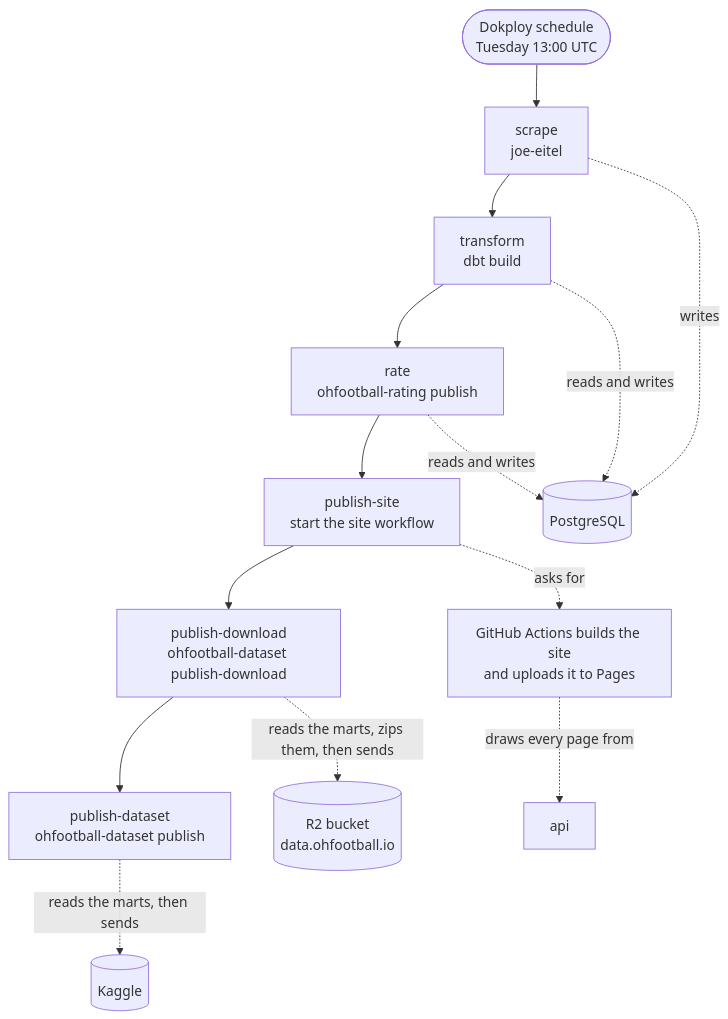
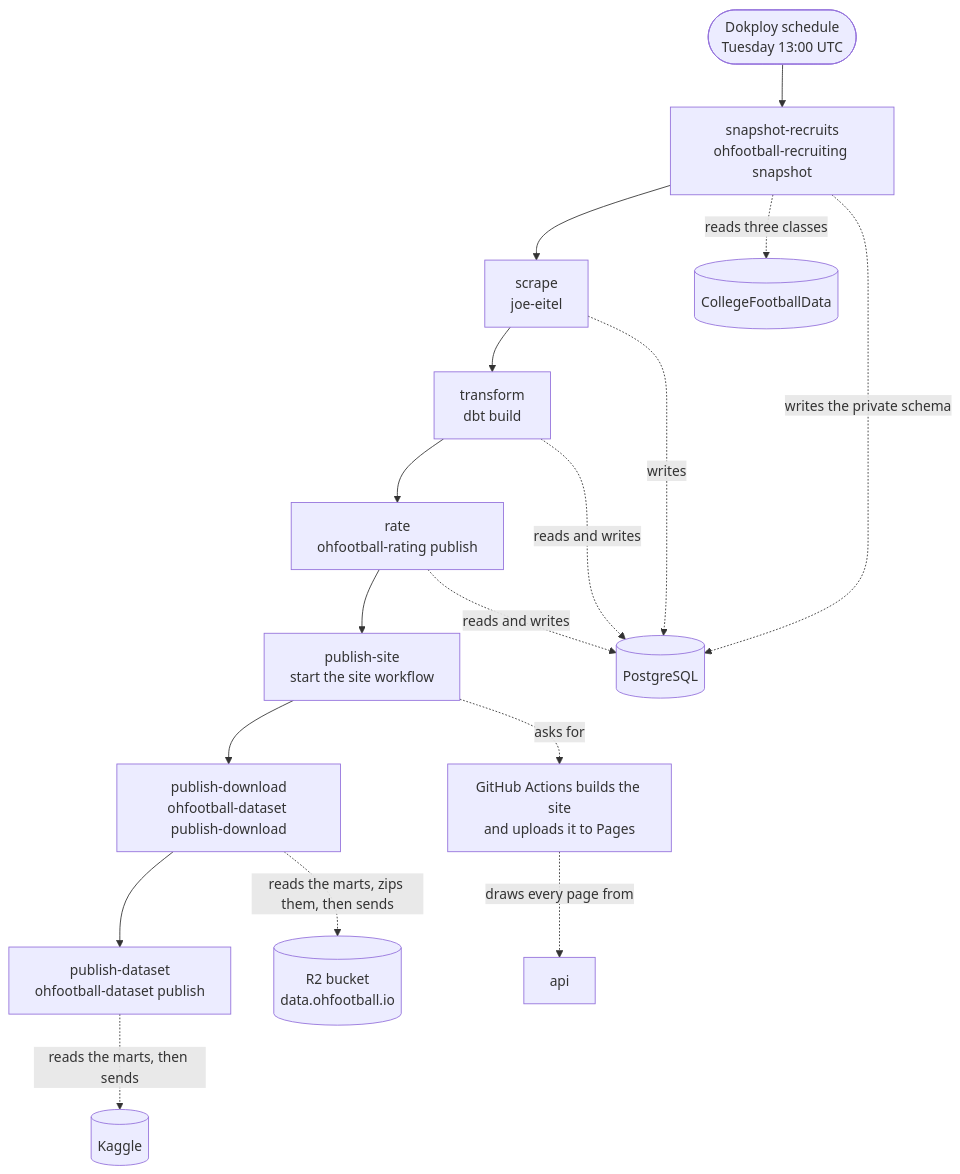
Before and after one commit to StephenODea54/ohfootball.io: the third of 4 diagrams in docs/architecture.md, drawn with Mermaid. The commit also changed other lines of this file and 6 other files, not shown here.

First line of the commit message:
Take the recruiting snapshot first in the weekly run

````diff
--- a/docs/architecture.md
+++ b/docs/architecture.md
@@ -161,23 +161,27 @@
 ```mermaid
 flowchart TD
-    cron(["Dokploy schedule<br/>Tuesday 13:00 UTC"]) --> scrape
+    cron(["Dokploy schedule<br/>Tuesday 13:00 UTC"]) --> snapshot
 
+    snapshot["snapshot-recruits<br/>ohfootball-recruiting snapshot"] --> scrape
     scrape["scrape<br/>joe-eitel"] --> transform["transform<br/>dbt build"]
     transform --> rate["rate<br/>ohfootball-rating publish"]
     rate --> site["publish-site<br/>start the site workflow"]
     site --> download["publish-download<br/>ohfootball-dataset publish-download"]
     download --> dataset["publish-dataset<br/>ohfootball-dataset publish"]
 
     warehouse[("PostgreSQL")]
+    cfbd[("CollegeFootballData")]
     build["GitHub Actions builds the site<br/>and uploads it to Pages"]
     r2[("R2 bucket<br/>data.ohfootball.io")]
     kaggle[("Kaggle")]
 
+    snapshot -. reads three classes .-> cfbd
+    snapshot -. writes the private schema .-> warehouse
     scrape -. writes .-> warehouse
     transform -. reads and writes .-> warehouse
     rate -. reads and writes .-> warehouse
     site -. asks for .-> build
     build -. draws every page from .-> api["api"]
     download -. reads the marts, zips them, then sends .-> r2
     dataset -. reads the marts, then sends .-> kaggle
 ```
````
